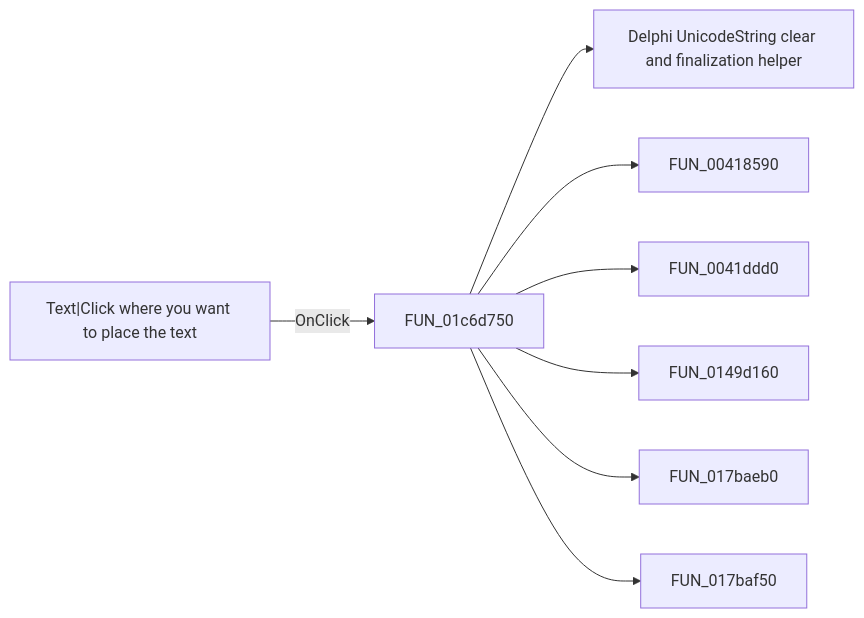
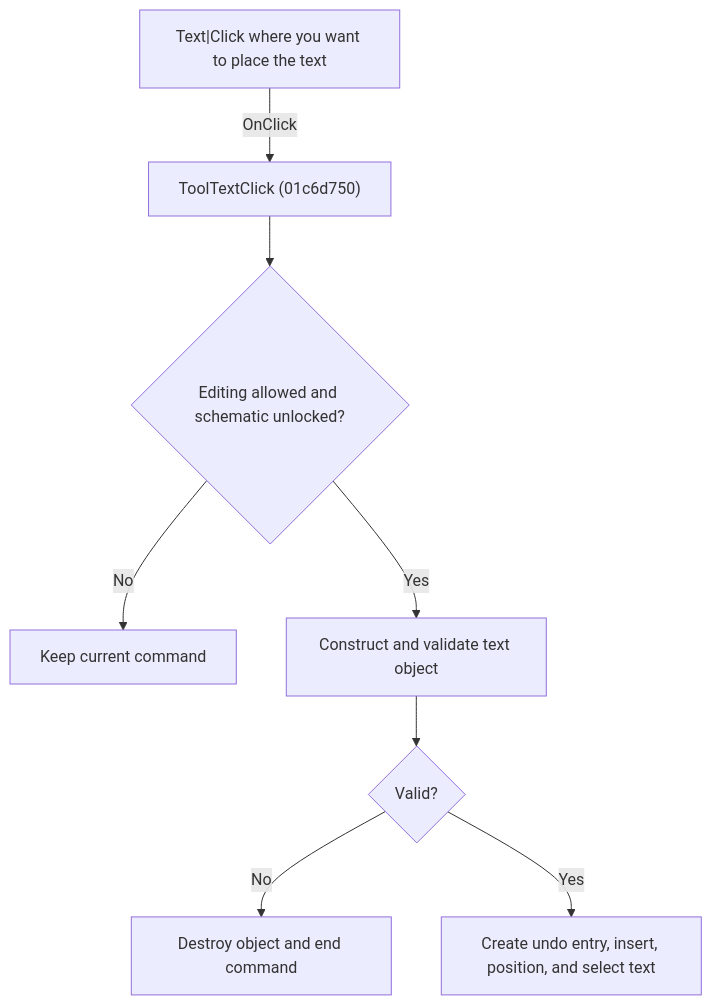
Before and after one commit to MovGP0/TIARA: the diagram in docs/ui-controls/schematiceditor/tooltext-bcff9f4e4f.md, drawn with Mermaid. The commit also changed other lines of this file and 1062 other files, not shown here.

````diff
--- a/docs/ui-controls/schematiceditor/tooltext-bcff9f4e4f.md
+++ b/docs/ui-controls/schematiceditor/tooltext-bcff9f4e4f.md
@@ -27,10 +27,10 @@
 ```mermaid
-flowchart LR
-    control["Text|Click where you want to place the text"] -->|OnClick| handler["FUN_01c6d750"]
-    handler --> call1["Delphi UnicodeString clear and finalization helper"]
-    handler --> call2["FUN_00418590"]
-    handler --> call3["FUN_0041ddd0"]
-    handler --> call4["FUN_0149d160"]
-    handler --> call5["FUN_017baeb0"]
-    handler --> call6["FUN_017baf50"]
+flowchart TD
+    control["Text|Click where you want to place the text"] -->|"OnClick"| handler["ToolTextClick (01c6d750)"]
+    handler --> guard{"Editing allowed and schematic unlocked?"}
+    guard -->|"No"| unchanged["Keep current command"]
+    guard -->|"Yes"| create["Construct and validate text object"]
+    create --> valid{"Valid?"}
+    valid -->|"No"| cleanup["Destroy object and end command"]
+    valid -->|"Yes"| insert["Create undo entry, insert, position, and select text"]
 ```
````
